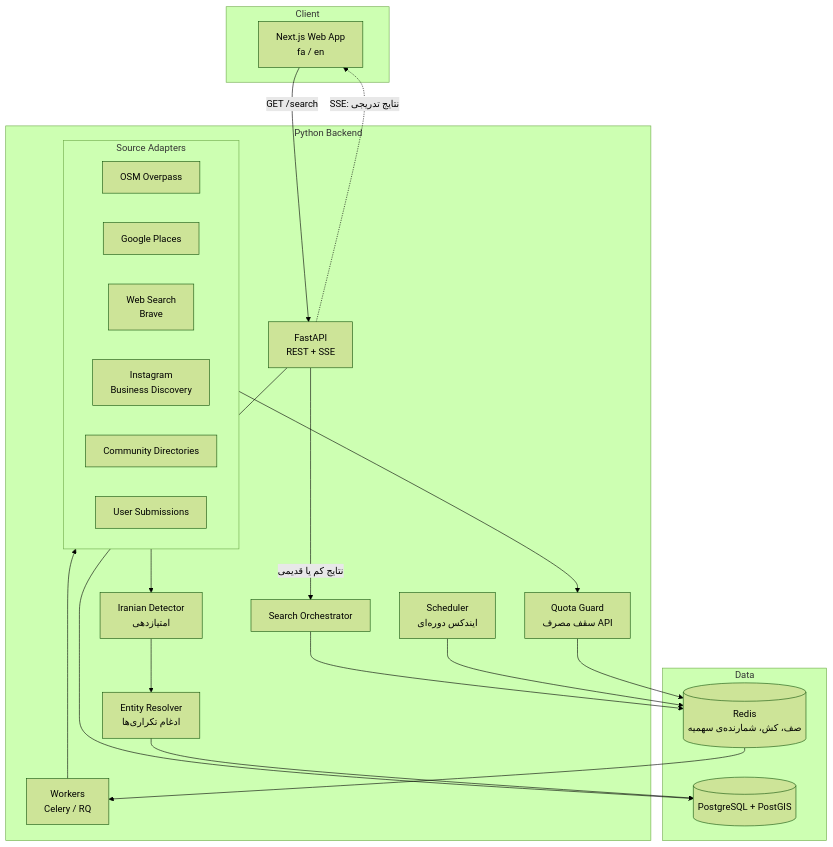
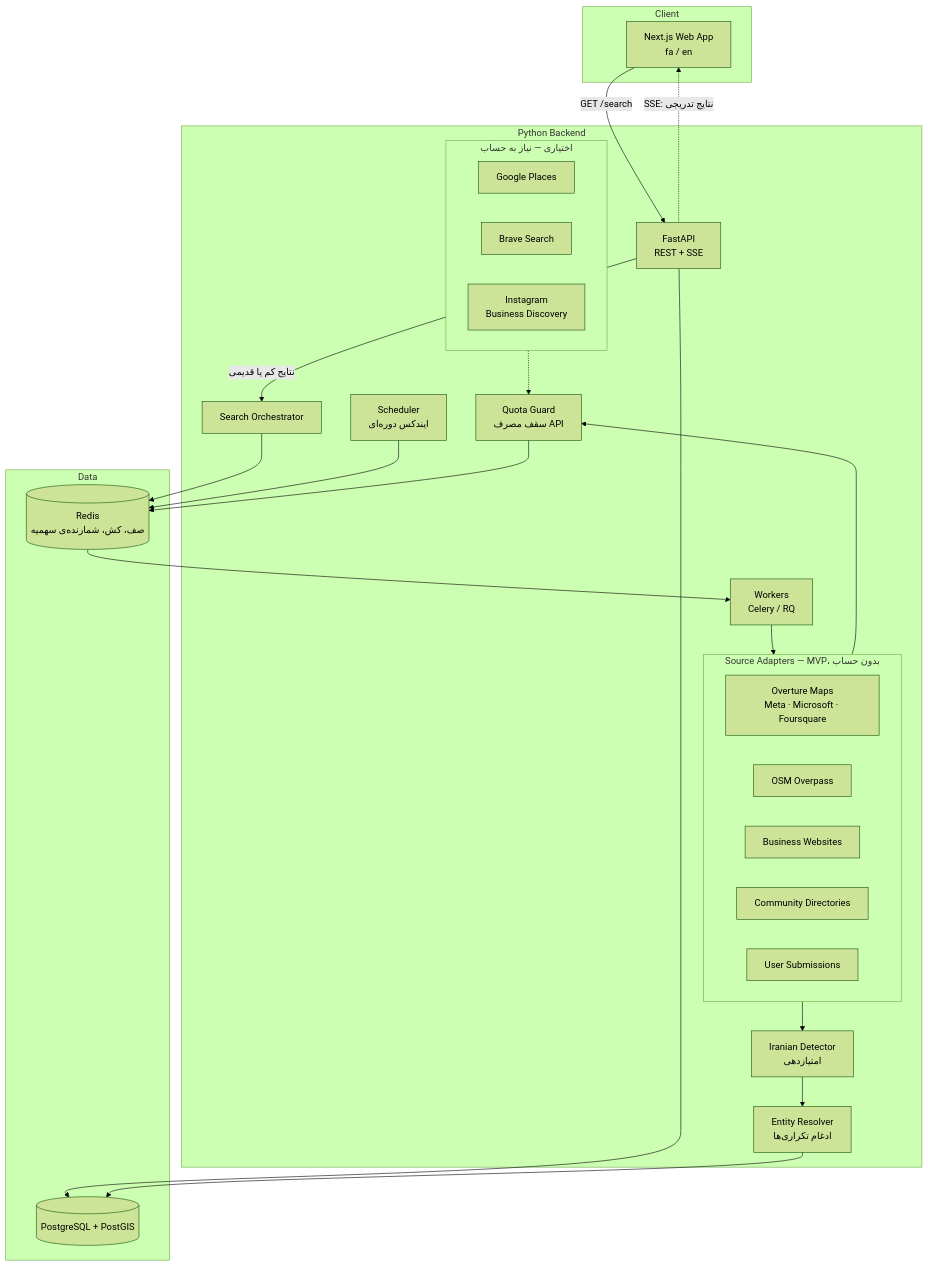
Before and after one commit to TahaFzl/FarsiYab: the diagram in docs/02-architecture.md, drawn with Mermaid (forest theme). The commit also changed other lines of this file and 21 other files, not shown here.

First line of the commit message:
Document no-account sources: Overture Maps, business websites, Maps URLs

````diff
--- a/docs/02-architecture.md
+++ b/docs/02-architecture.md
@@ -13,41 +13,46 @@
 ```mermaid
 flowchart TB
     subgraph Client
         W[Next.js Web App<br/>fa / en]
     end
 
     subgraph Backend[Python Backend]
         API[FastAPI<br/>REST + SSE]
         ORCH[Search Orchestrator]
         SCHED[Scheduler<br/>ایندکس دوره‌ای]
         WK[Workers<br/>Celery / RQ]
-        subgraph Adapters[Source Adapters]
+        subgraph Adapters[Source Adapters — MVP، بدون حساب]
+            A0[Overture Maps<br/>Meta · Microsoft · Foursquare]
             A1[OSM Overpass]
-            A2[Google Places]
-            A3[Web Search<br/>Brave]
-            A4[Instagram<br/>Business Discovery]
+            A2[Business Websites]
             A5[Community Directories]
             A6[User Submissions]
+        end
+        subgraph Optional[اختیاری — نیاز به حساب]
+            O1[Google Places]
+            O2[Brave Search]
+            O3[Instagram<br/>Business Discovery]
         end
         DET[Iranian Detector<br/>امتیازدهی]
         DEDUP[Entity Resolver<br/>ادغام تکراری‌ها]
         QUOTA[Quota Guard<br/>سقف مصرف API]
     end
 
     subgraph Data
         PG[(PostgreSQL + PostGIS)]
         RD[(Redis<br/>صف، کش، شمارنده‌ی سهمیه)]
     end
 
     W -->|GET /search| API
     API --> PG
     API -->|نتایج کم یا قدیمی| ORCH
     ORCH --> RD
     SCHED --> RD
     RD --> WK
     WK --> Adapters
     Adapters --> QUOTA
+    Optional -.-> QUOTA
     QUOTA --> RD
     Adapters --> DET --> DEDUP --> PG
     API -.->|SSE: نتایج تدریجی| W
 ```
````
